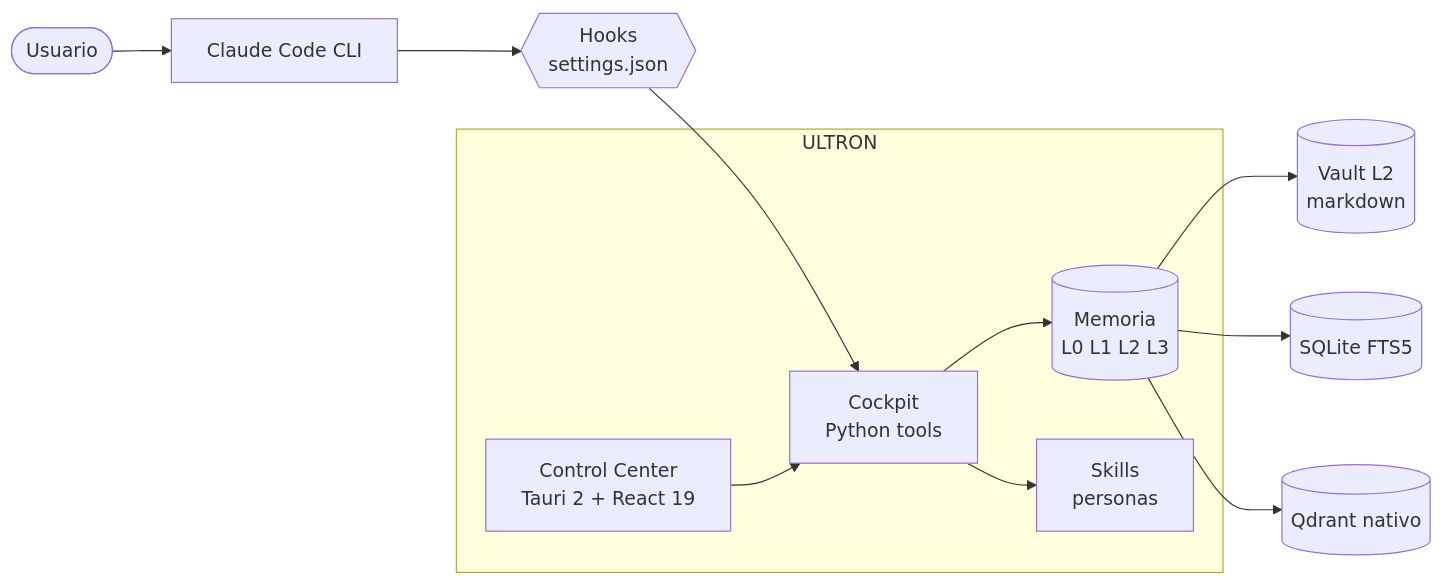
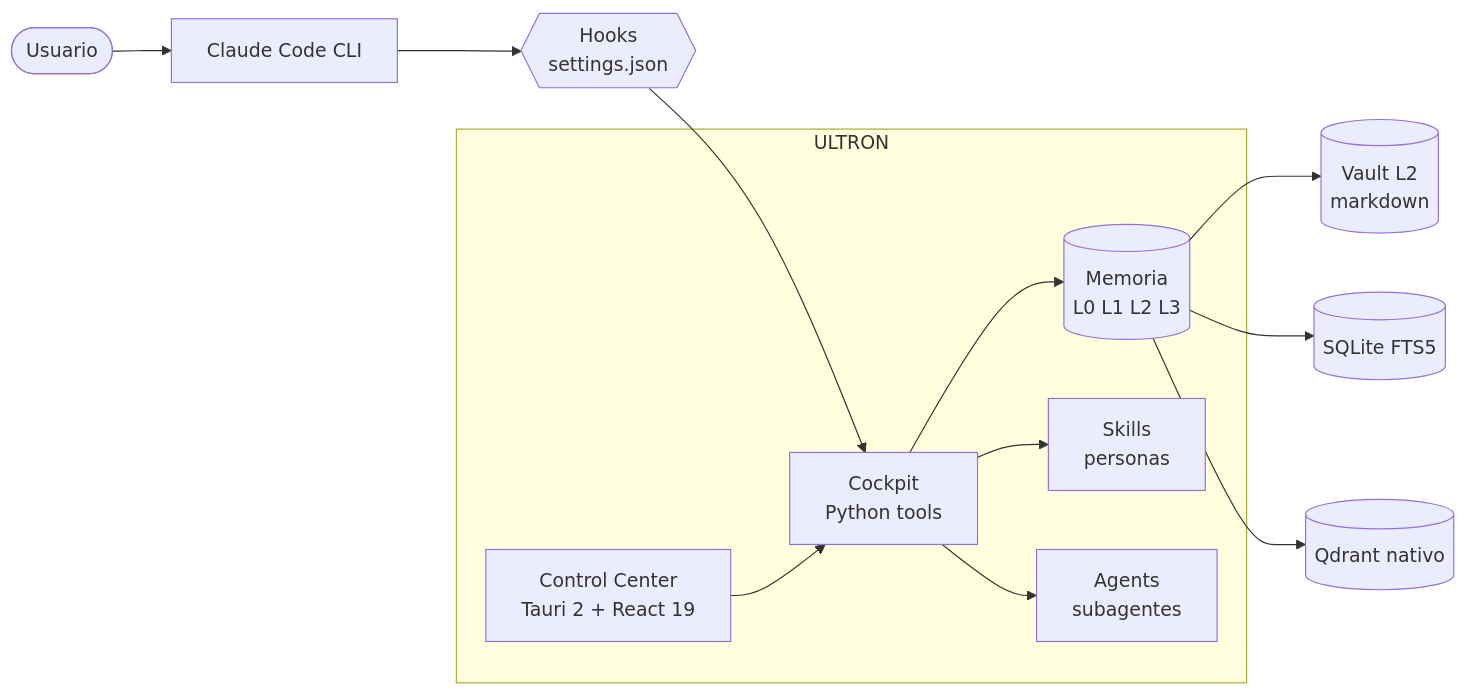
One commit to SkiTemplar/ultron-control-center changed the second of 2 diagrams in README.es.md. Above: the diagram before and after it, drawn with Mermaid. The commit also changed other lines of this file and 26 other files, not shown here.

````diff
--- a/README.es.md
+++ b/README.es.md
@@ -250,25 +267,27 @@
 ```mermaid
 flowchart LR
     User([Usuario])
     CC[Claude Code CLI]
     Hooks{{Hooks<br/>settings.json}}
     subgraph ULTRON
         Memory[(Memoria<br/>L0 L1 L2 L3)]
         Skills[Skills<br/>personas]
+        Agents[Agents<br/>subagentes]
         Cockpit[Cockpit<br/>Python tools]
         GUI[Control Center<br/>Tauri 2 + React 19]
     end
     Vault[(Vault L2<br/>markdown)]
     FTS[(SQLite FTS5)]
     Q[(Qdrant nativo)]
 
     User --> CC
     CC --> Hooks
     Hooks --> Cockpit
     Cockpit --> Memory
     Memory --> Vault
     Memory --> FTS
     Memory --> Q
     Cockpit --> Skills
+    Cockpit --> Agents
     GUI --> Cockpit
 ```
````
